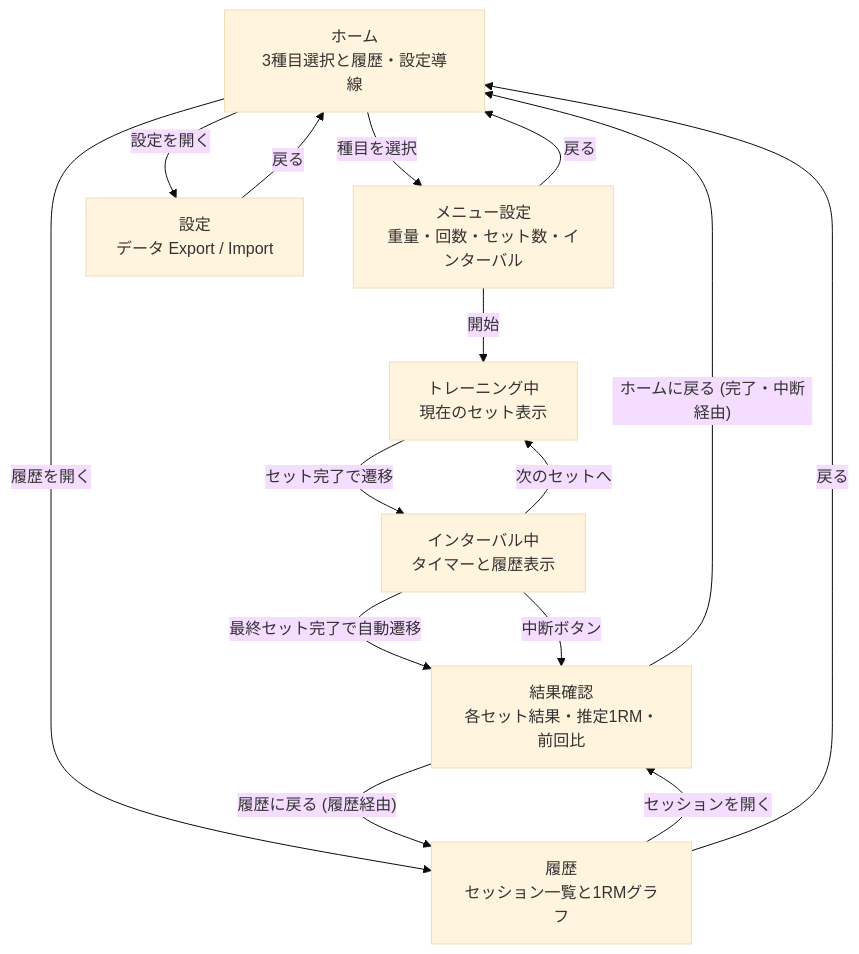
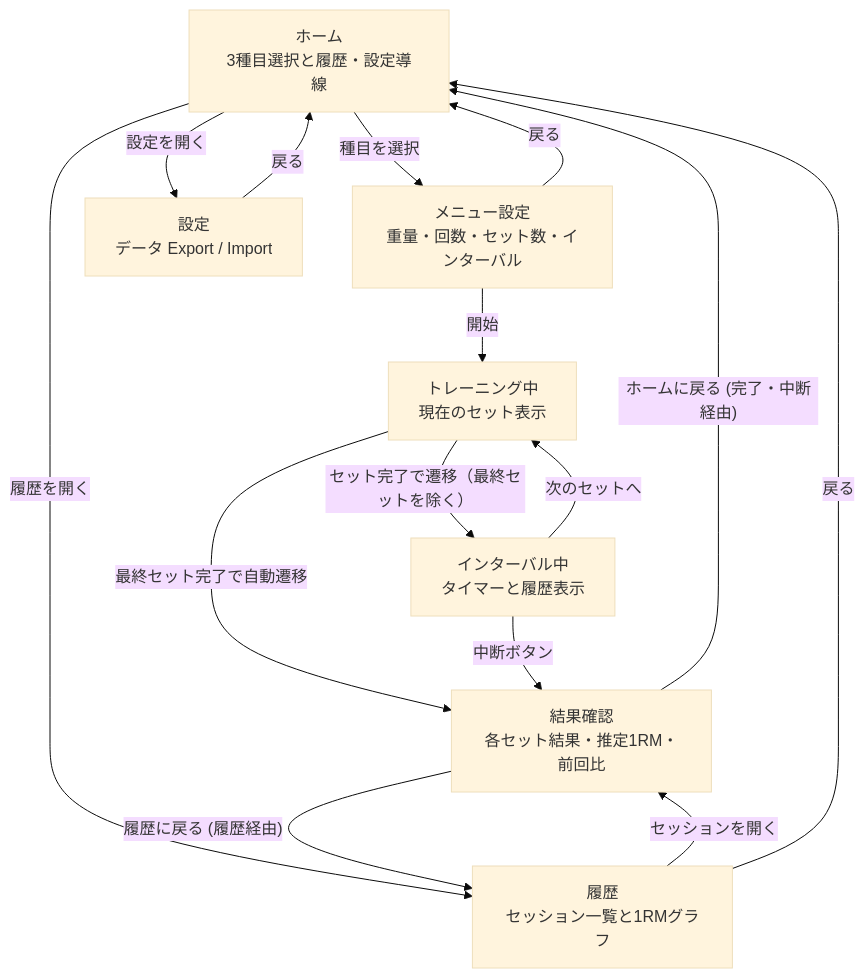
Before and after one commit to umi-kappa/peak-rm: the first of 2 diagrams in docs/spec.md, drawn with Mermaid (base theme). The commit also changed other lines of this file, not shown here.

First line of the commit message:
docs: #75 spec.md の画面遷移図を最終セット完了→結果確認直行に修正する

````diff
--- a/docs/spec.md
+++ b/docs/spec.md
@@ -305,25 +305,25 @@
 ```mermaid
 flowchart TD
     Home["ホーム<br/>3種目選択と履歴・設定導線"]
     Menu["メニュー設定<br/>重量・回数・セット数・インターバル"]
     Training["トレーニング中<br/>現在のセット表示"]
     Interval["インターバル中<br/>タイマーと履歴表示"]
     Result["結果確認<br/>各セット結果・推定1RM・前回比"]
     History["履歴<br/>セッション一覧と1RMグラフ"]
     Settings["設定<br/>データ Export / Import"]
 
     Home -- 種目を選択 --> Menu
     Home -- 履歴を開く --> History
     Home -- 設定を開く --> Settings
     Menu -- 開始 --> Training
     Menu -- 戻る --> Home
-    Training -- セット完了で遷移 --> Interval
+    Training -- セット完了で遷移（最終セットを除く） --> Interval
+    Training -- 最終セット完了で自動遷移 --> Result
     Interval -- 次のセットへ --> Training
-    Interval -- 最終セット完了で自動遷移 --> Result
     Interval -- 中断ボタン --> Result
     Result -- ホームに戻る (完了・中断経由) --> Home
     Result -- 履歴に戻る (履歴経由) --> History
     History -- セッションを開く --> Result
     History -- 戻る --> Home
     Settings -- 戻る --> Home
 ```
````
